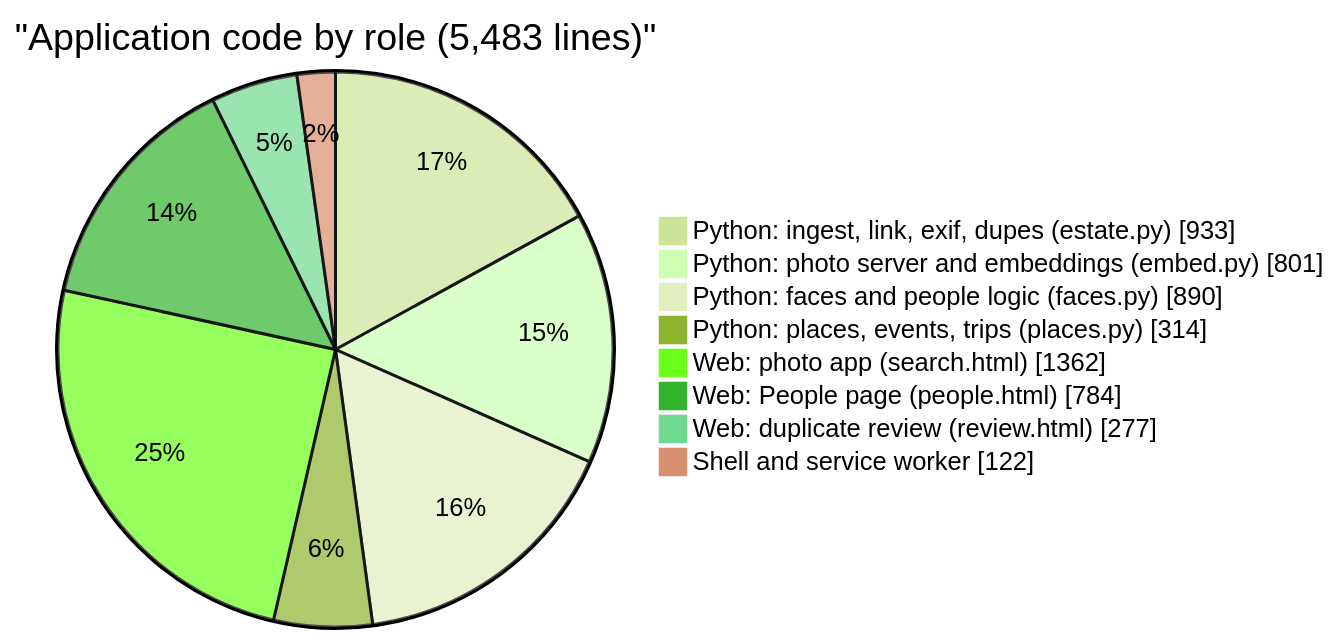
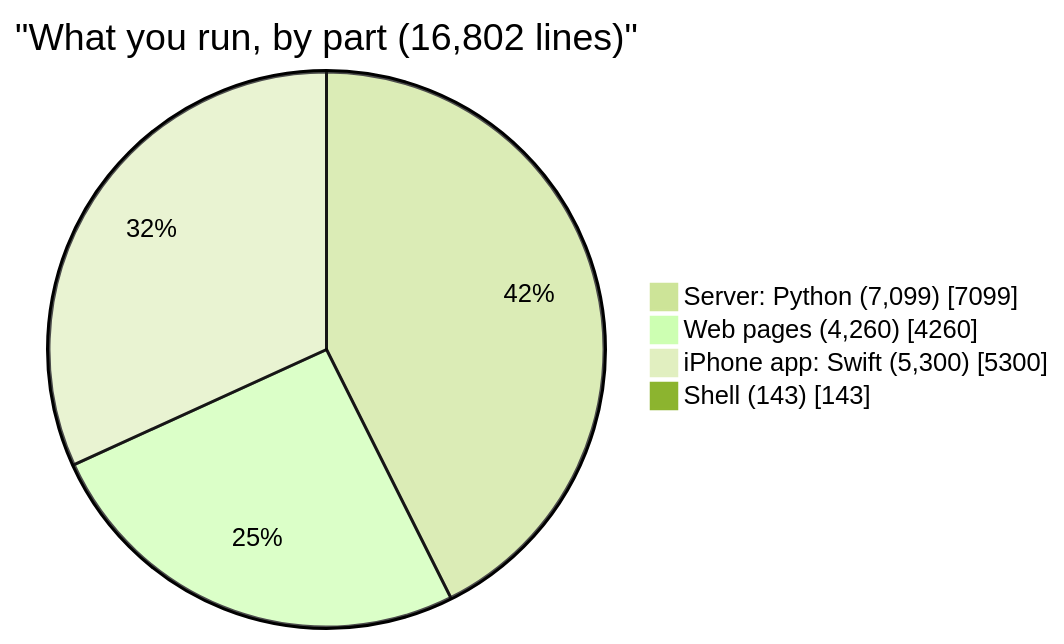
The first of 2 diagrams in docs/book/02-code-tour.md (jflam/photo-estate), drawn with Mermaid (forest theme) before and after one commit. The commit also changed other lines of this file and 36 other files, not shown here.

````diff
--- a/docs/book/02-code-tour.md
+++ b/docs/book/02-code-tour.md
@@ -20,11 +23,7 @@
 ```mermaid
-pie showData title "Application code by role (5,483 lines)"
-    "Python: ingest, link, exif, dupes (estate.py)" : 933
-    "Python: photo server and embeddings (embed.py)" : 801
-    "Python: faces and people logic (faces.py)" : 890
-    "Python: places, events, trips (places.py)" : 314
-    "Web: photo app (search.html)" : 1362
-    "Web: People page (people.html)" : 784
-    "Web: duplicate review (review.html)" : 277
-    "Shell and service worker" : 122
+pie showData title "What you run, by part (16,802 lines)"
+    "Server: Python (7,099)" : 7099
+    "Web pages (4,260)" : 4260
+    "iPhone app: Swift (5,300)" : 5300
+    "Shell (143)" : 143
 ```
````
